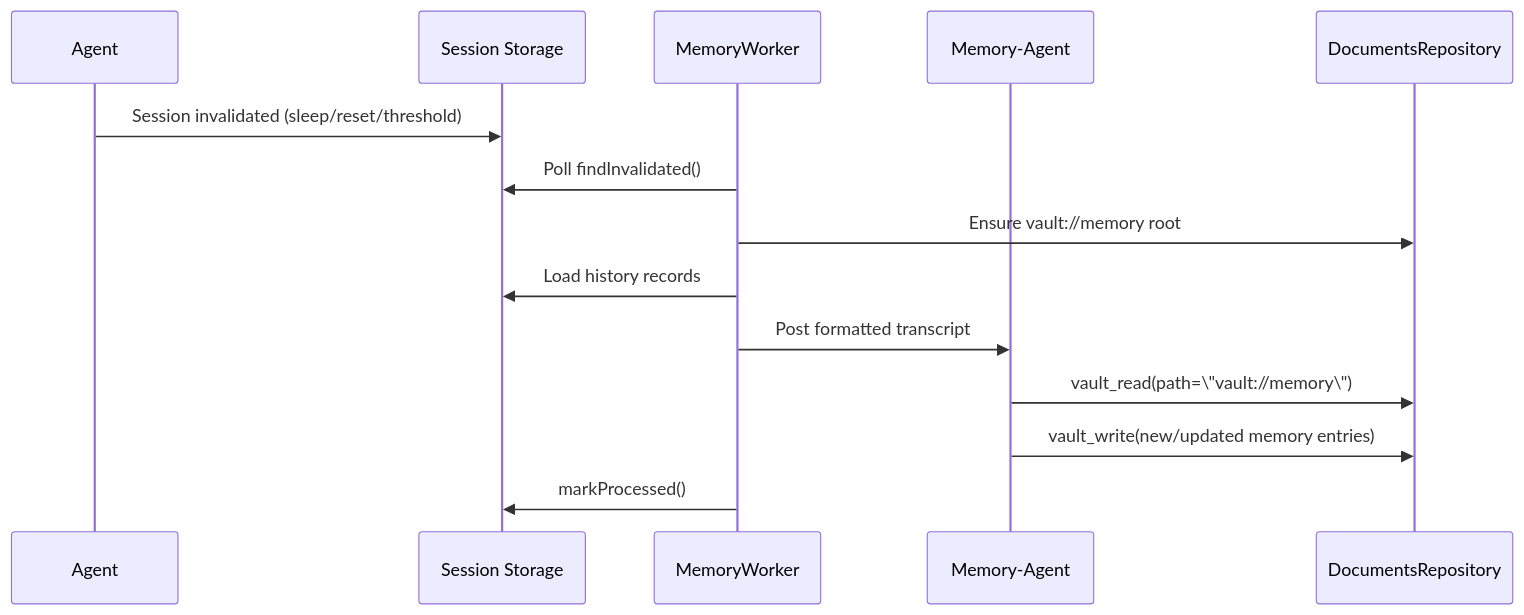
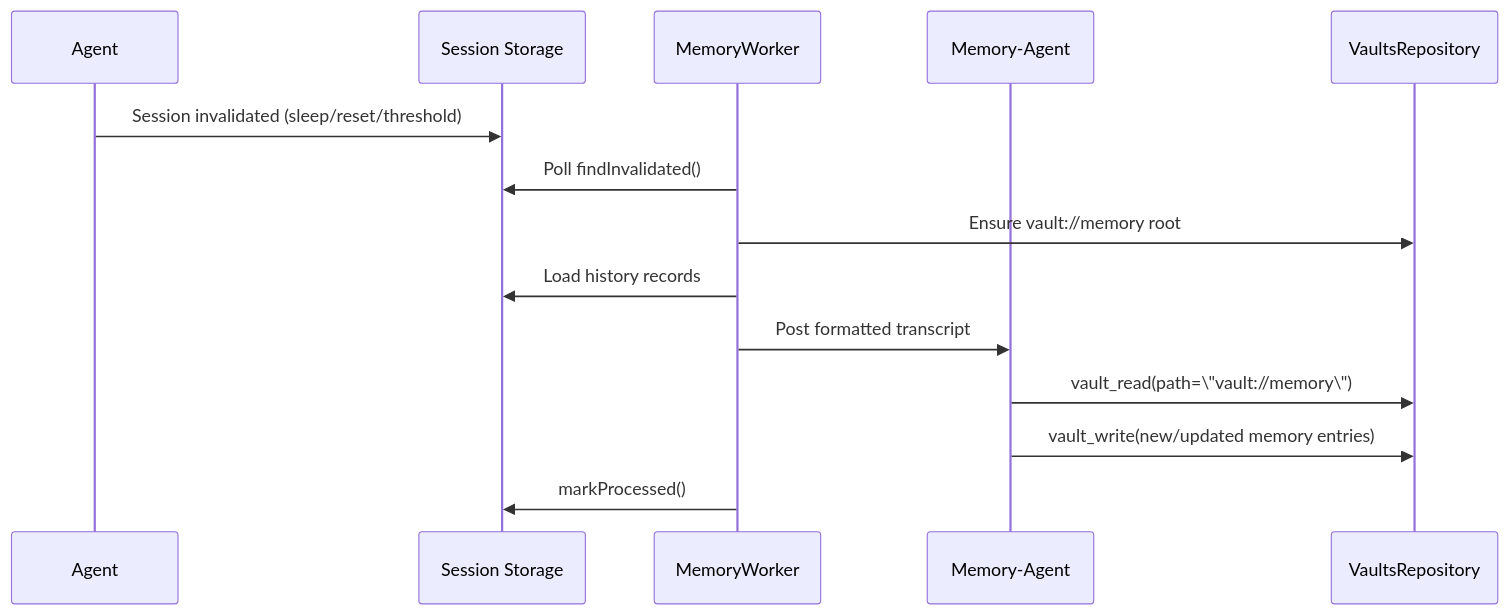
The diagram in doc/concepts/memory.md (ex3ndr/daycare), drawn with Mermaid before and after one commit. The commit also changed other lines of this file and 186 other files, not shown here.

````diff
--- a/doc/concepts/memory.md
+++ b/doc/concepts/memory.md
@@ -7,17 +7,17 @@
 ```mermaid
 sequenceDiagram
     participant A as Agent
     participant S as Session Storage
     participant MW as MemoryWorker
     participant MA as Memory-Agent
-    participant D as DocumentsRepository
+    participant D as VaultsRepository
 
     A->>S: Session invalidated (sleep/reset/threshold)
     MW->>S: Poll findInvalidated()
     MW->>D: Ensure vault://memory root
     MW->>S: Load history records
     MW->>MA: Post formatted transcript
     MA->>D: vault_read(path=\"vault://memory\")
     MA->>D: vault_write(new/updated memory entries)
     MW->>S: markProcessed()
 ```
````
